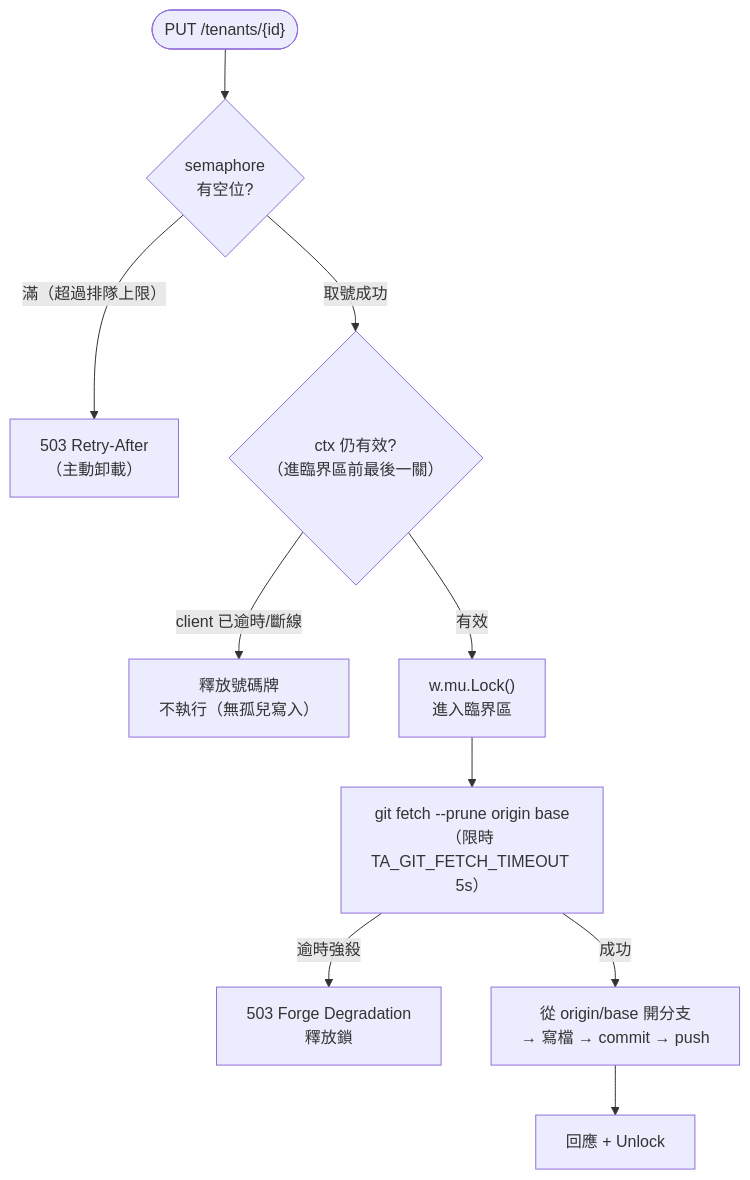
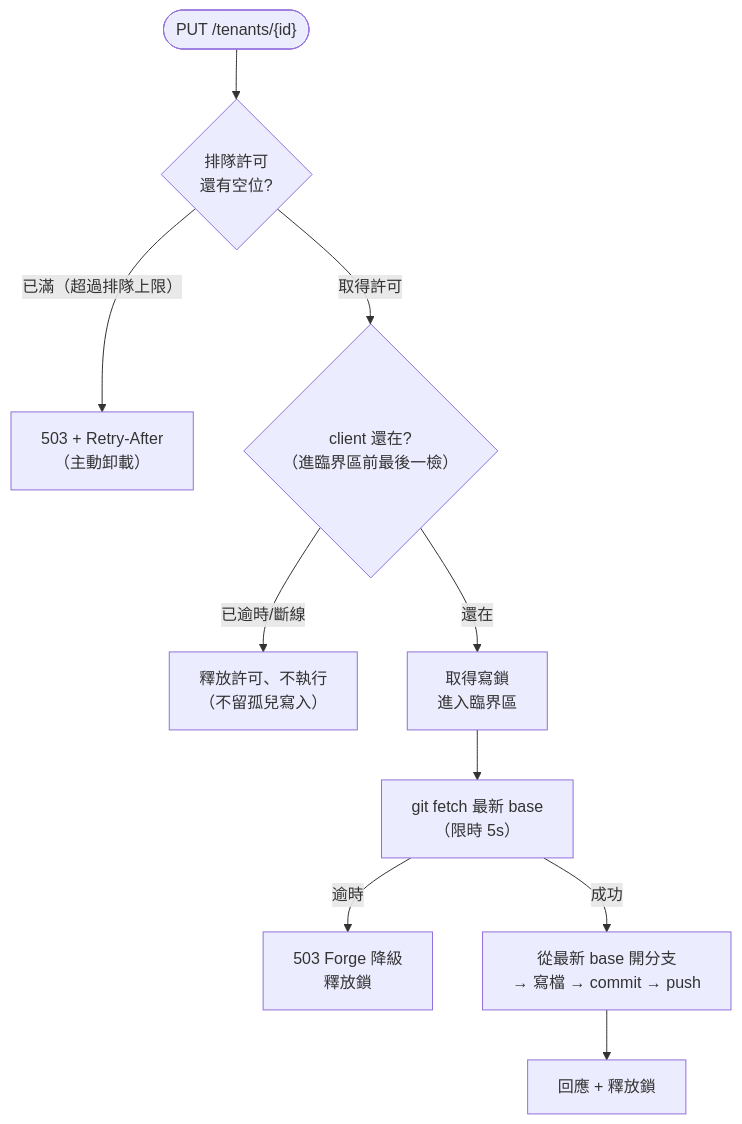
The diagram in docs/adr/023-write-plane-single-writer-invariant.md (vencil/Dynamic-Alerting-Integrations), drawn with Mermaid before and after one commit. The commit also changed other lines of this file and 3 other files, not shown here.

````diff
--- a/docs/adr/023-write-plane-single-writer-invariant.md
+++ b/docs/adr/023-write-plane-single-writer-invariant.md
@@ -56,12 +46,12 @@
 ```mermaid
 flowchart TD
-    R(["PUT /tenants/{id}"]) --> SEM{"semaphore<br/>有空位?"}
-    SEM -->|"滿（超過排隊上限）"| S503["503 Retry-After<br/>（主動卸載）"]
-    SEM -->|取號成功| CTX{"ctx 仍有效?<br/>（進臨界區前最後一關）"}
-    CTX -->|"client 已逾時/斷線"| REL["釋放號碼牌<br/>不執行（無孤兒寫入）"]
-    CTX -->|有效| LOCK["w.mu.Lock()<br/>進入臨界區"]
-    LOCK --> FETCH["git fetch --prune origin base<br/>（限時 TA_GIT_FETCH_TIMEOUT 5s）"]
-    FETCH -->|逾時強殺| S503b["503 Forge Degradation<br/>釋放鎖"]
-    FETCH -->|成功| BR["從 origin/base 開分支<br/>→ 寫檔 → commit → push"]
-    BR --> DONE["回應 + Unlock"]
+    R(["PUT /tenants/{id}"]) --> ADM{"排隊許可<br/>還有空位?"}
+    ADM -->|"已滿（超過排隊上限）"| S503["503 + Retry-After<br/>（主動卸載）"]
+    ADM -->|取得許可| CTX{"client 還在?<br/>（進臨界區前最後一檢）"}
+    CTX -->|"已逾時/斷線"| REL["釋放許可、不執行<br/>（不留孤兒寫入）"]
+    CTX -->|還在| LOCK["取得寫鎖<br/>進入臨界區"]
+    LOCK --> FETCH["git fetch 最新 base<br/>（限時 5s）"]
+    FETCH -->|逾時| S503b["503 Forge 降級<br/>釋放鎖"]
+    FETCH -->|成功| WRITE["從最新 base 開分支<br/>→ 寫檔 → commit → push"]
+    WRITE --> DONE["回應 + 釋放鎖"]
 ```
````
